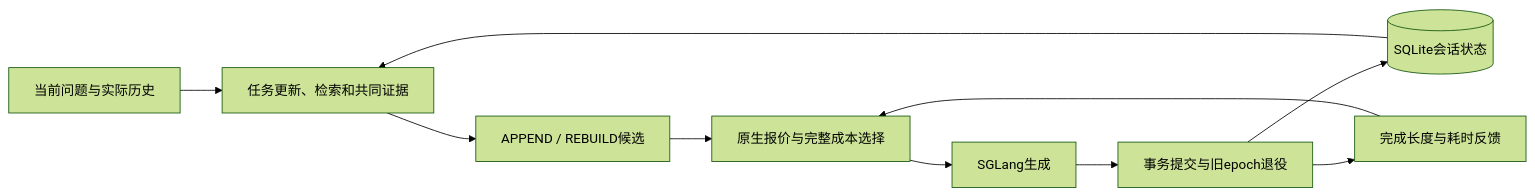
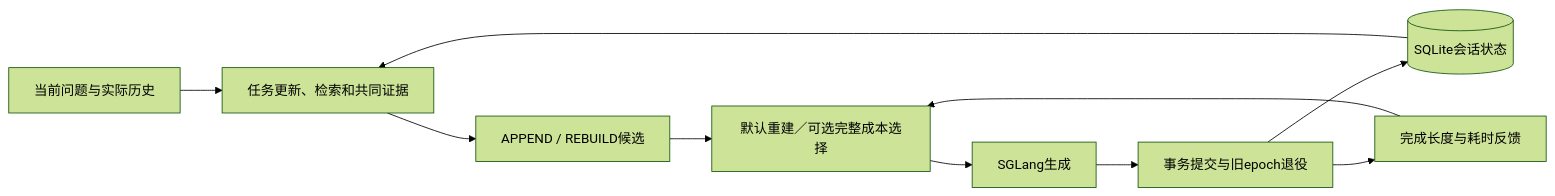
One commit to issaddy/ContextKV changed the diagram in docs/architecture.md. Above: the diagram before and after it, drawn with Mermaid (forest theme). The commit also changed other lines of this file and 69 other files, not shown here.

````diff
--- a/docs/architecture.md
+++ b/docs/architecture.md
@@ -5,12 +5,12 @@
 ```mermaid
 flowchart LR
   Q[当前问题与实际历史] --> A[任务更新、检索和共同证据]
   A --> P[APPEND / REBUILD候选]
-  P --> B[原生报价与完整成本选择]
+  P --> B[默认重建／可选完整成本选择]
   B --> G[SGLang生成]
   G --> C[事务提交与旧epoch退役]
   C --> S[(SQLite会话状态)]
   S --> A
   C --> F[完成长度与耗时反馈]
   F --> B
 ```
````
